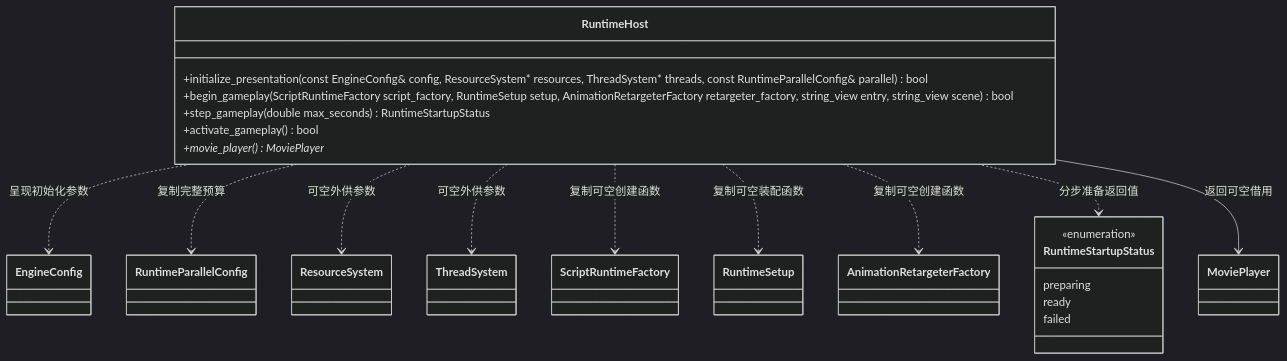
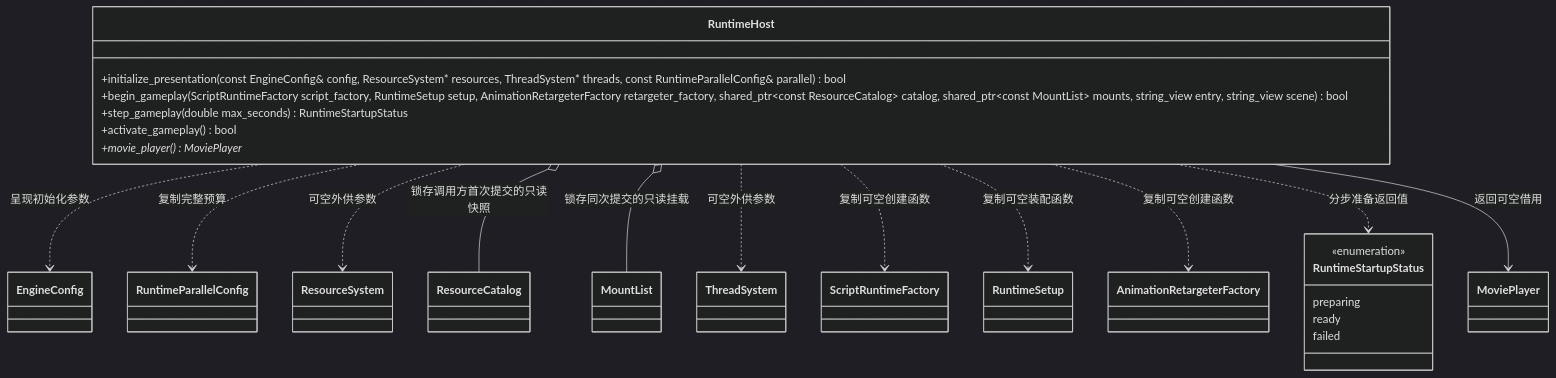
The second of 4 diagrams in docs/runtime/class-diagrams/movie-startup.md (lcals/Engine), drawn with Mermaid (dark theme) before and after one commit. The commit also changed other lines of this file and 95 other files, not shown here.

````diff
--- a/docs/runtime/class-diagrams/movie-startup.md
+++ b/docs/runtime/class-diagrams/movie-startup.md
@@ -95,33 +95,37 @@
 ```mermaid
 classDiagram
     class RuntimeHost {
         +initialize_presentation(const EngineConfig& config, ResourceSystem* resources, ThreadSystem* threads, const RuntimeParallelConfig& parallel) bool
-        +begin_gameplay(ScriptRuntimeFactory script_factory, RuntimeSetup setup, AnimationRetargeterFactory retargeter_factory, string_view entry, string_view scene) bool
+        +begin_gameplay(ScriptRuntimeFactory script_factory, RuntimeSetup setup, AnimationRetargeterFactory retargeter_factory, shared_ptr~const ResourceCatalog~ catalog, shared_ptr~const MountList~ mounts, string_view entry, string_view scene) bool
         +step_gameplay(double max_seconds) RuntimeStartupStatus
         +activate_gameplay() bool
         +movie_player() MoviePlayer*
     }
     class RuntimeStartupStatus {
         <<enumeration>>
         preparing
         ready
         failed
     }
     class EngineConfig
     class RuntimeParallelConfig
     class ResourceSystem
+    class ResourceCatalog
+    class MountList
     class ThreadSystem
     class ScriptRuntimeFactory
     class RuntimeSetup
     class AnimationRetargeterFactory
     class MoviePlayer
     RuntimeHost ..> EngineConfig : 呈现初始化参数
     RuntimeHost ..> RuntimeParallelConfig : 复制完整预算
     RuntimeHost ..> ResourceSystem : 可空外供参数
+    RuntimeHost o-- ResourceCatalog : 锁存调用方首次提交的只读快照
+    RuntimeHost o-- MountList : 锁存同次提交的只读挂载
     RuntimeHost ..> ThreadSystem : 可空外供参数
     RuntimeHost ..> ScriptRuntimeFactory : 复制可空创建函数
     RuntimeHost ..> RuntimeSetup : 复制可空装配函数
     RuntimeHost ..> AnimationRetargeterFactory : 复制可空创建函数
     RuntimeHost ..> RuntimeStartupStatus : 分步准备返回值
     RuntimeHost --> MoviePlayer : 返回可空借用
 ```
````
